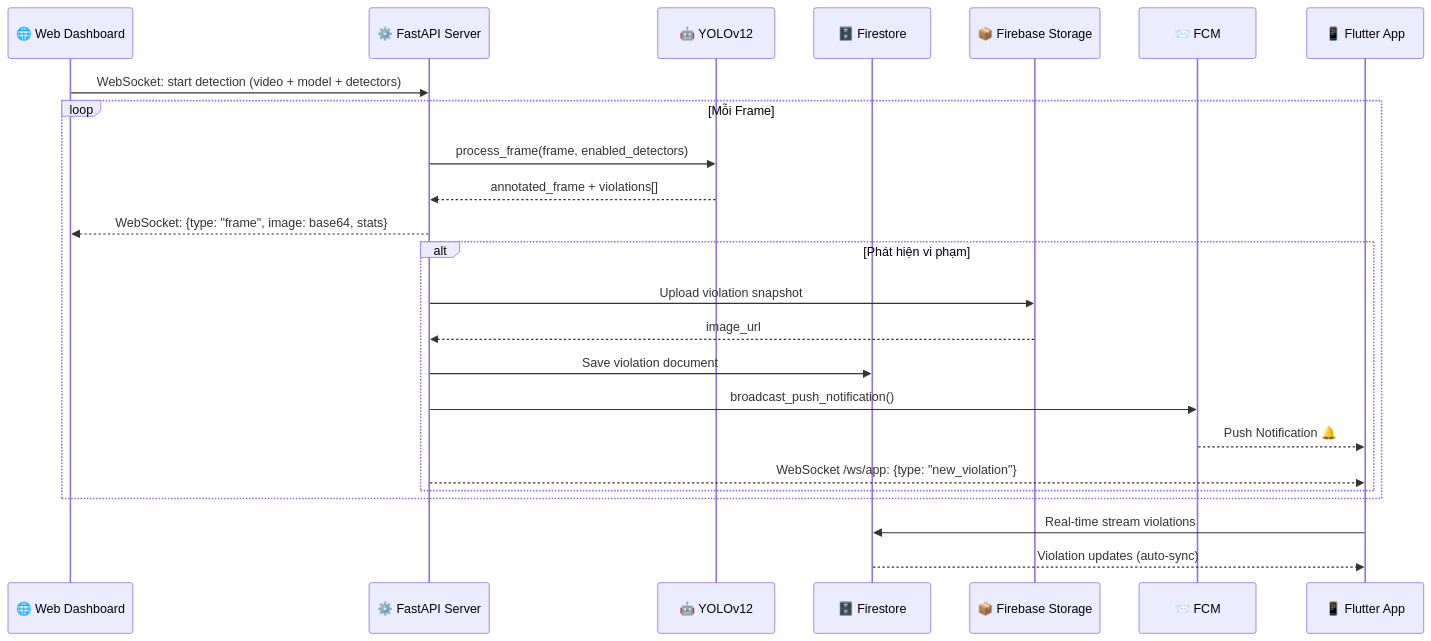
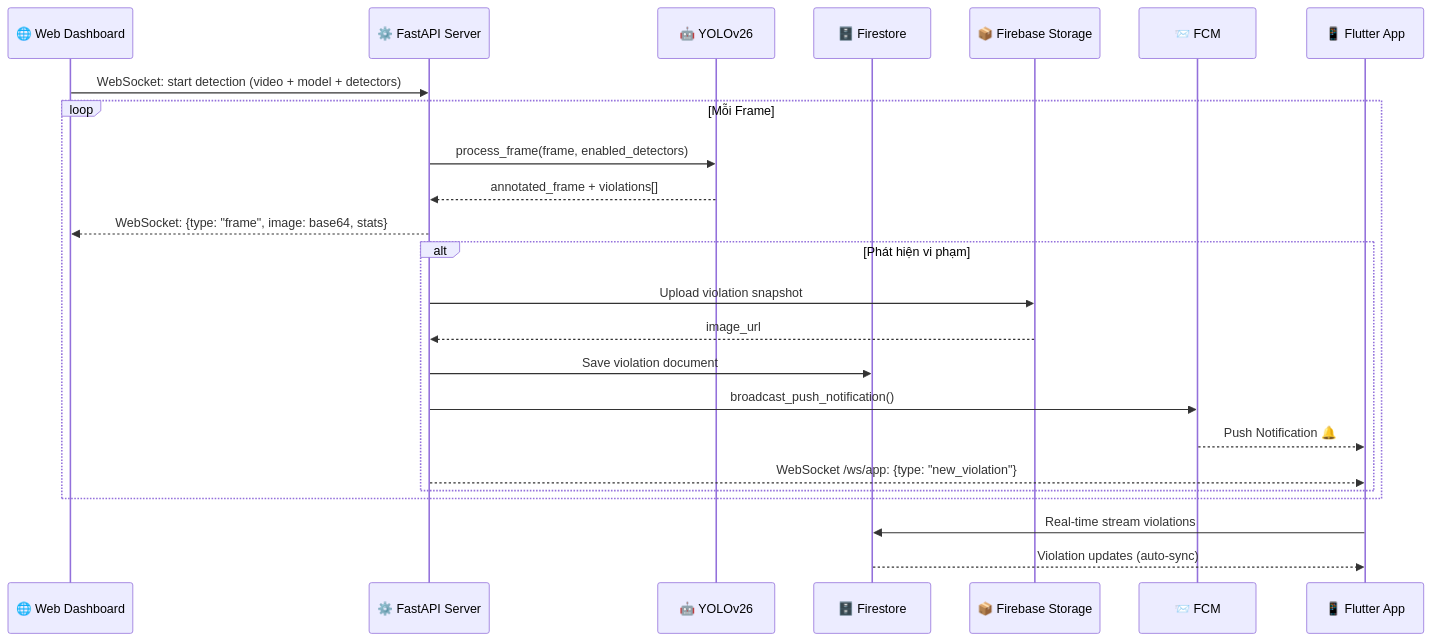
Before and after one commit to khanhbes/Violation-Detect: the fifth of 6 diagrams in Project info/architecture_diagram.md, drawn with Mermaid. The commit also changed other lines of this file and 6 other files, not shown here.

Commit message:
docs: add backend architecture and setup documentation with project resources

````diff
--- a/Project info/architecture_diagram.md
+++ b/Project info/architecture_diagram.md
@@ -195,29 +195,29 @@
 ```mermaid
 sequenceDiagram
     participant Web as 🌐 Web Dashboard
     participant Server as ⚙️ FastAPI Server
-    participant YOLO as 🤖 YOLOv12
+    participant YOLO as 🤖 YOLOv26
     participant FS as 🗄️ Firestore
     participant Storage as 📦 Firebase Storage
     participant FCM as 📨 FCM
     participant App as 📱 Flutter App
 
     Web->>Server: WebSocket: start detection (video + model + detectors)
     loop Mỗi Frame
         Server->>YOLO: process_frame(frame, enabled_detectors)
         YOLO-->>Server: annotated_frame + violations[]
         Server-->>Web: WebSocket: {type: "frame", image: base64, stats}
         
         alt Phát hiện vi phạm
             Server->>Storage: Upload violation snapshot
             Storage-->>Server: image_url
             Server->>FS: Save violation document
             Server->>FCM: broadcast_push_notification()
             FCM-->>App: Push Notification 🔔
             Server-->>App: WebSocket /ws/app: {type: "new_violation"}
         end
     end
     
     App->>FS: Real-time stream violations
     FS-->>App: Violation updates (auto-sync)
 ```
````
